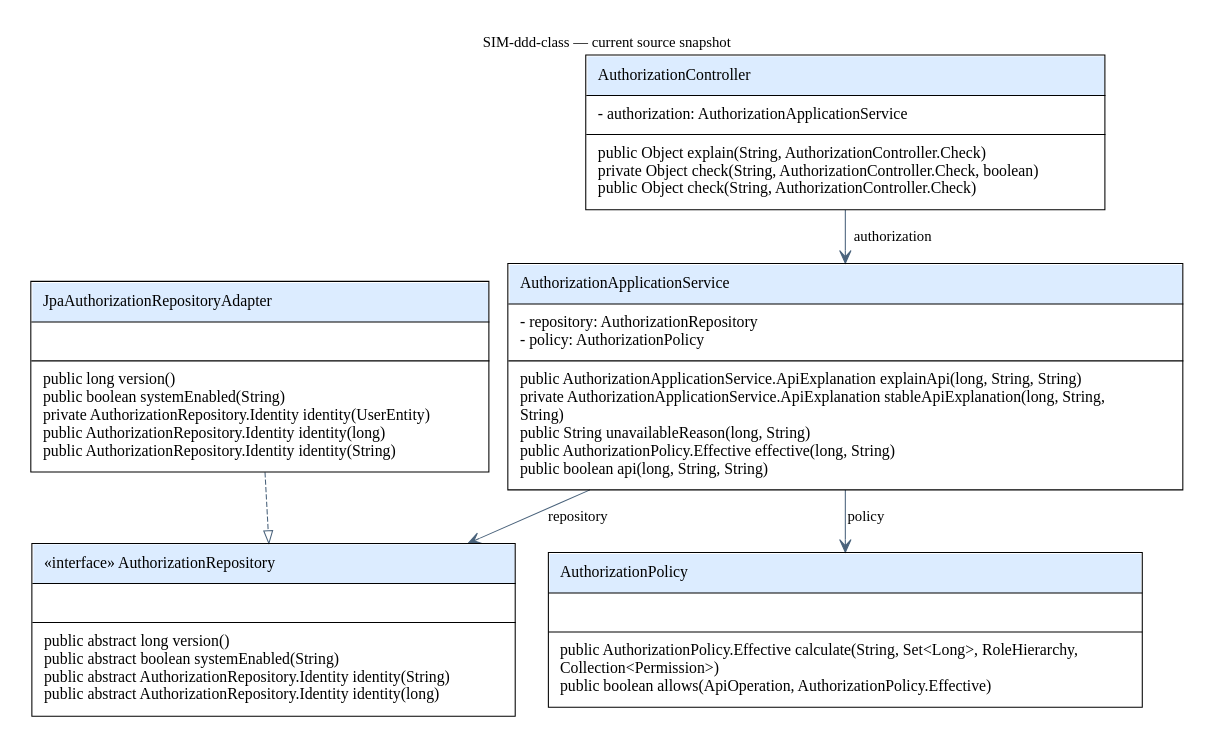
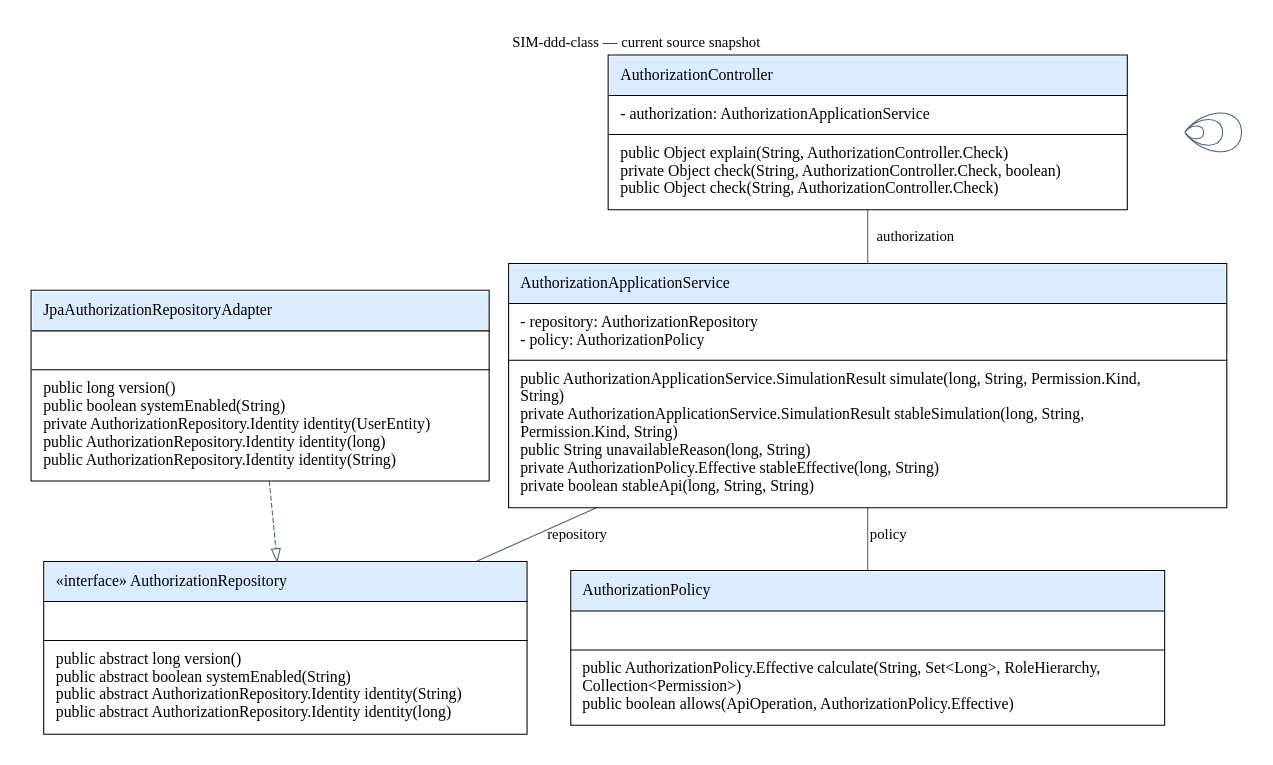
The diagram in docs/design/SIM-ddd-class.dot (tang-new/OOAD), drawn with Graphviz before and after one commit. The commit also changed 45 other files, not shown here.

Commit message:
fix: align RBAC authorization and permission views

```diff
--- a/docs/design/SIM-ddd-class.dot
+++ b/docs/design/SIM-ddd-class.dot
@@ -1,13 +1,17 @@
 digraph G { graph [overlap=true,splines=line,outputorder=edgesfirst,pad=0.3,bgcolor="white",label="SIM-ddd-class — current source snapshot",labelloc=t]; node [shape=plain,fontname="Microsoft YaHei",fontsize=15]; edge [color="#49627b",arrowsize=1.2,fontname="Microsoft YaHei"];
-"svc" [pos="0,0!",label=<<TABLE BORDER="1" CELLBORDER="0" CELLSPACING="0" CELLPADDING="10"><TR><TD ALIGN="LEFT" BGCOLOR="#dcecff">AuthorizationApplicationService</TD></TR><HR/><TR><TD ALIGN="LEFT" BALIGN="LEFT" BGCOLOR="#ffffff">- repository: AuthorizationRepository<BR ALIGN="LEFT"/>- policy: AuthorizationPolicy</TD></TR><HR/><TR><TD ALIGN="LEFT" BALIGN="LEFT" BGCOLOR="#ffffff">public AuthorizationApplicationService.ApiExplanation explainApi(long, String, String)<BR ALIGN="LEFT"/>private AuthorizationApplicationService.ApiExplanation stableApiExplanation(long, String,<BR ALIGN="LEFT"/>String)<BR ALIGN="LEFT"/>public String unavailableReason(long, String)<BR ALIGN="LEFT"/>public AuthorizationPolicy.Effective effective(long, String)<BR ALIGN="LEFT"/>public boolean api(long, String, String)</TD></TR></TABLE>>];
+"svc" [pos="0,0!",label=<<TABLE BORDER="1" CELLBORDER="0" CELLSPACING="0" CELLPADDING="10"><TR><TD ALIGN="LEFT" BGCOLOR="#dcecff">AuthorizationApplicationService</TD></TR><HR/><TR><TD ALIGN="LEFT" BALIGN="LEFT" BGCOLOR="#ffffff">- repository: AuthorizationRepository<BR ALIGN="LEFT"/>- policy: AuthorizationPolicy</TD></TR><HR/><TR><TD ALIGN="LEFT" BALIGN="LEFT" BGCOLOR="#ffffff">public AuthorizationApplicationService.SimulationResult simulate(long, String, Permission.Kind,<BR ALIGN="LEFT"/>String)<BR ALIGN="LEFT"/>private AuthorizationApplicationService.SimulationResult stableSimulation(long, String,<BR ALIGN="LEFT"/>Permission.Kind, String)<BR ALIGN="LEFT"/>public String unavailableReason(long, String)<BR ALIGN="LEFT"/>private AuthorizationPolicy.Effective stableEffective(long, String)<BR ALIGN="LEFT"/>private boolean stableApi(long, String, String)</TD></TR></TABLE>>];
 "repo" [pos="-1000,0!",label=<<TABLE BORDER="1" CELLBORDER="0" CELLSPACING="0" CELLPADDING="10"><TR><TD ALIGN="LEFT" BGCOLOR="#dcecff">«interface» AuthorizationRepository</TD></TR><HR/><TR><TD ALIGN="LEFT" BALIGN="LEFT" BGCOLOR="#ffffff"> </TD></TR><HR/><TR><TD ALIGN="LEFT" BALIGN="LEFT" BGCOLOR="#ffffff">public abstract long version()<BR ALIGN="LEFT"/>public abstract boolean systemEnabled(String)<BR ALIGN="LEFT"/>public abstract AuthorizationRepository.Identity identity(String)<BR ALIGN="LEFT"/>public abstract AuthorizationRepository.Identity identity(long)</TD></TR></TABLE>>];
 "policy" [pos="1000,0!",label=<<TABLE BORDER="1" CELLBORDER="0" CELLSPACING="0" CELLPADDING="10"><TR><TD ALIGN="LEFT" BGCOLOR="#dcecff">AuthorizationPolicy</TD></TR><HR/><TR><TD ALIGN="LEFT" BALIGN="LEFT" BGCOLOR="#ffffff"> </TD></TR><HR/><TR><TD ALIGN="LEFT" BALIGN="LEFT" BGCOLOR="#ffffff">public AuthorizationPolicy.Effective calculate(String, Set&lt;Long&gt;, RoleHierarchy,<BR ALIGN="LEFT"/>Collection&lt;Permission&gt;)<BR ALIGN="LEFT"/>public boolean allows(ApiOperation, AuthorizationPolicy.Effective)</TD></TR></TABLE>>];
 "ctl" [pos="0,360!",label=<<TABLE BORDER="1" CELLBORDER="0" CELLSPACING="0" CELLPADDING="10"><TR><TD ALIGN="LEFT" BGCOLOR="#dcecff">AuthorizationController</TD></TR><HR/><TR><TD ALIGN="LEFT" BALIGN="LEFT" BGCOLOR="#ffffff">- authorization: AuthorizationApplicationService</TD></TR><HR/><TR><TD ALIGN="LEFT" BALIGN="LEFT" BGCOLOR="#ffffff">public Object explain(String, AuthorizationController.Check)<BR ALIGN="LEFT"/>private Object check(String, AuthorizationController.Check, boolean)<BR ALIGN="LEFT"/>public Object check(String, AuthorizationController.Check)</TD></TR></TABLE>>];
 "adapter" [pos="-1000,-360!",label=<<TABLE BORDER="1" CELLBORDER="0" CELLSPACING="0" CELLPADDING="10"><TR><TD ALIGN="LEFT" BGCOLOR="#dcecff">JpaAuthorizationRepositoryAdapter</TD></TR><HR/><TR><TD ALIGN="LEFT" BALIGN="LEFT" BGCOLOR="#ffffff"> </TD></TR><HR/><TR><TD ALIGN="LEFT" BALIGN="LEFT" BGCOLOR="#ffffff">public long version()<BR ALIGN="LEFT"/>public boolean systemEnabled(String)<BR ALIGN="LEFT"/>private AuthorizationRepository.Identity identity(UserEntity)<BR ALIGN="LEFT"/>public AuthorizationRepository.Identity identity(long)<BR ALIGN="LEFT"/>public AuthorizationRepository.Identity identity(String)</TD></TR></TABLE>>];
-"ctl" -> "svc" [style=solid,arrowhead=vee,label="authorization",fontsize=14];
-"svc" -> "repo" [style=solid,arrowhead=vee,label="repository",fontsize=14];
-"svc" -> "policy" [style=solid,arrowhead=vee,label="policy",fontsize=14];
+"ctl" -> "svc" [style=solid,arrowhead=none,label="authorization   ",fontsize=14];
+"svc" -> "repo" [style=solid,arrowhead=none,label="repository",fontsize=14];
+"svc" -> "policy" [style=solid,arrowhead=none,label="policy",fontsize=14];
 "adapter" -> "repo" [style=dashed,arrowhead=empty];
 "_top" [pos="0,480!",shape=point,width=0,height=0,style=invis,label=""];
 "_bottom" [pos="0,-480!",shape=point,width=0,height=0,style=invis,label=""];
+"_association_head" [pos="0,0!",shape=point,width=0,height=0,style=invis,label=""];
+"_association_head" -> "_association_head" [dir=none,pos="5.400,148.001 5.400,148.001 0.000,136.001 0.000,136.001 0.000,136.001 -5.400,148.001 -5.400,148.001"];
+"_association_head" -> "_association_head" [dir=none,pos="-751.998,-5.400 -751.998,-5.400 -763.998,0.000 -763.998,0.000 -763.998,0.000 -751.998,5.400 -751.998,5.400"];
+"_association_head" -> "_association_head" [dir=none,pos="697.624,5.400 697.624,5.400 709.624,0.000 709.624,0.000 709.624,0.000 697.624,-5.400 697.624,-5.400"];
 }
```
